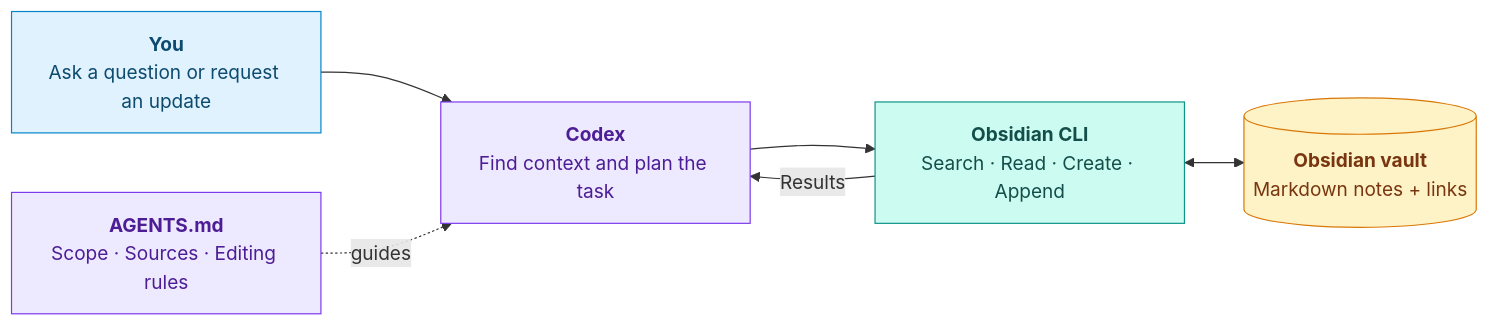
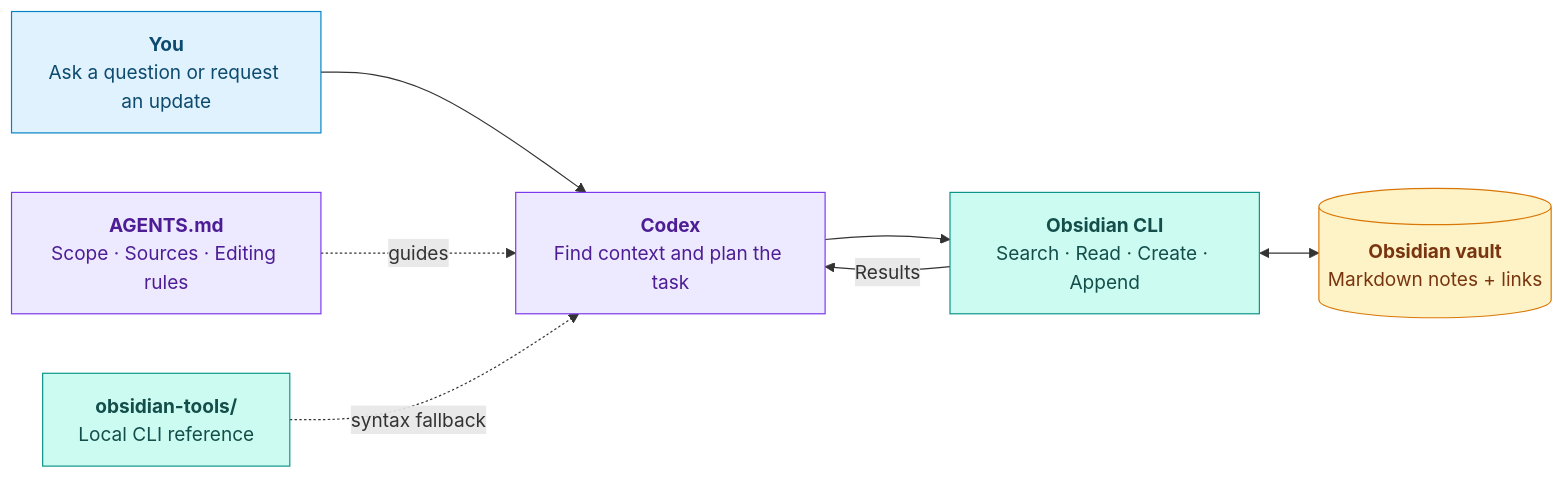
Before and after one commit to shpax-dev/prompt-to-knowledge: the diagram in README.md, drawn with Mermaid. The commit also changed other lines of this file and 5 other files, not shown here.

````diff
--- a/README.md
+++ b/README.md
@@ -36,23 +36,25 @@
 ```mermaid
 flowchart LR
     U["<b>You</b><br/>Ask a question or request an update"]
     A["<b>Codex</b><br/>Find context and plan the task"]
     C["<b>Obsidian CLI</b><br/>Search · Read · Create · Append"]
     V[("<b>Obsidian vault</b><br/>Markdown notes + links")]
     G["<b>AGENTS.md</b><br/>Scope · Sources · Editing rules"]
+    R["<b>obsidian-tools/</b><br/>Local CLI reference"]
 
     U --> A
     G -. guides .-> A
+    R -. syntax fallback .-> A
     A --> C
     C <--> V
     C -->|Results| A
 
     classDef person fill:#e0f2fe,stroke:#0284c7,color:#0c4a6e
     classDef agent fill:#ede9fe,stroke:#7c3aed,color:#4c1d95
     classDef tool fill:#ccfbf1,stroke:#0d9488,color:#134e4a
     classDef knowledge fill:#fef3c7,stroke:#d97706,color:#78350f
     class U person
     class A,G agent
-    class C tool
+    class C,R tool
     class V knowledge
 ```
````
